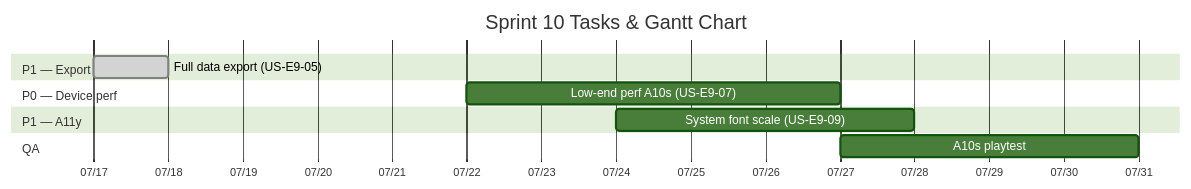
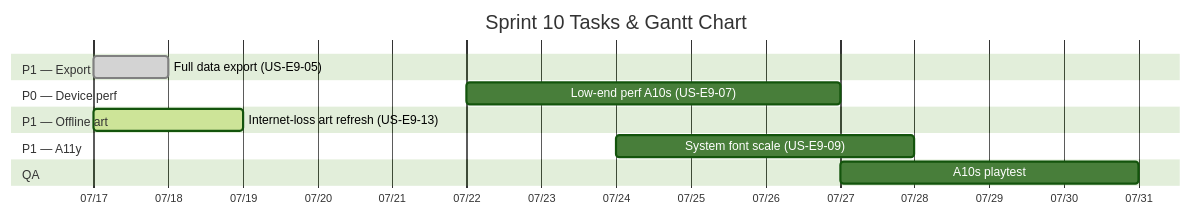
Before and after one commit to ChayutChanmueang/mci-cognitive-game-hub-dev-deploy: the diagram in docs/agile/sprint-backlogs/sprint-10.md, drawn with Mermaid (forest theme). The commit also changed other lines of this file and 8 other files, not shown here.

Commit message:
docs: update changelog and user stories for US-E9-13 art refresh in progress; adjust Sprint 10 references

````diff
--- a/docs/agile/sprint-backlogs/sprint-10.md
+++ b/docs/agile/sprint-backlogs/sprint-10.md
@@ -12,14 +12,16 @@
 ```mermaid
 gantt
     title Sprint 10 Tasks & Gantt Chart
     dateFormat  YYYY-MM-DD
     axisFormat  %m/%d
     section P1 — Export
     Full data export (US-E9-05)      :done, t5, 2026-07-17, 1d
     section P0 — Device perf
     Low-end perf A10s (US-E9-07)     :t7, 2026-07-22, 5d
+    section P1 — Offline art
+    Internet-loss art refresh (US-E9-13) :active, t13, 2026-07-17, 2d
     section P1 — A11y
     System font scale (US-E9-09)     :t9, 2026-07-24, 4d
     section QA
     A10s playtest                    :q1, 2026-07-27, 4d
 ```
````
